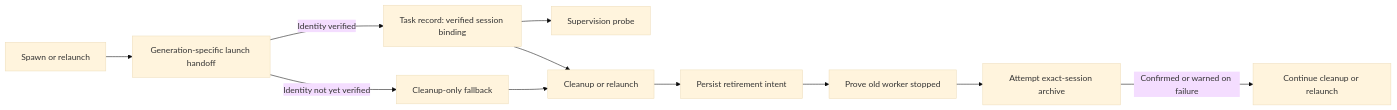
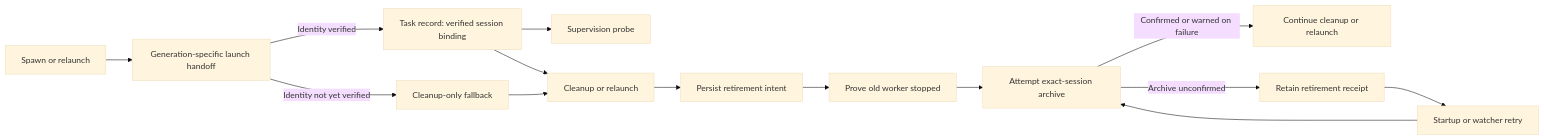
The second of 5 diagrams in docs/omnigent.md (davidtandoh/firstmate), drawn with Mermaid (base theme) before and after one commit. The commit also changed other lines of this file and 4 other files, not shown here.

````diff
--- a/docs/omnigent.md
+++ b/docs/omnigent.md
@@ -64,13 +64,16 @@
 ```mermaid
 flowchart LR
     launch[Spawn or relaunch] --> handoff[Generation-specific launch handoff]
     handoff -->|Identity verified| record[Task record: verified session binding]
     handoff -->|Identity not yet verified| fallback[Cleanup-only fallback]
     record --> watch[Supervision probe]
     record --> retire[Cleanup or relaunch]
     fallback --> retire
     retire --> intent[Persist retirement intent]
     intent --> stop[Prove old worker stopped]
     stop --> archive[Attempt exact-session archive]
     archive -->|Confirmed or warned on failure| release[Continue cleanup or relaunch]
+    archive -->|Archive unconfirmed| pending[Retain retirement receipt]
+    pending --> retry[Startup or watcher retry]
+    retry --> archive
 ```
````
